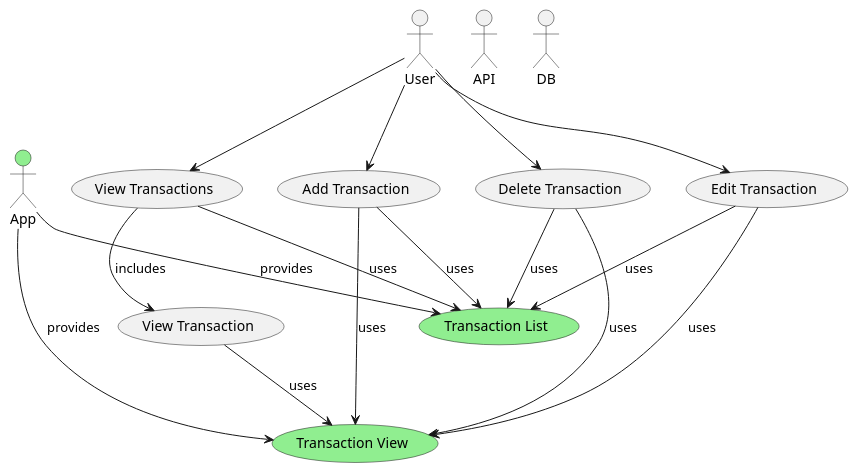
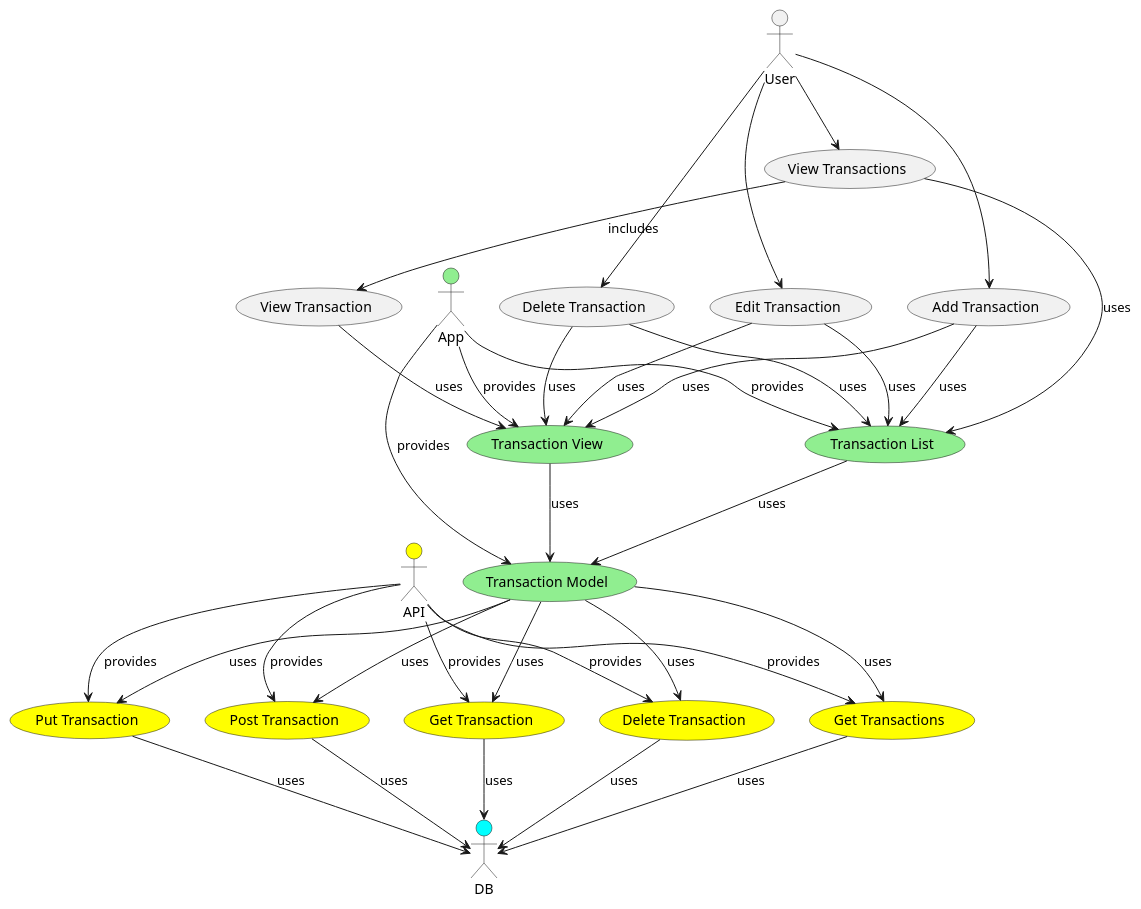
Before and after one commit to vduseev/accountant: the diagram in accountant_desktop/diagrams/use_cases/use_cases.puml, drawn with PlantUML. The commit also changed 1 other file, not shown here.

Commit message:
Tried out different approaches with activity diagram and use case diagram, but they do not represent it the way I want

```diff
--- a/accountant_desktop/diagrams/use_cases/use_cases.puml
+++ b/accountant_desktop/diagrams/use_cases/use_cases.puml
@@ -1,44 +1,79 @@
 @startuml
 
 'actors
 actor :User: as user
 actor :App: as app #lightgreen
-actor :API: as api
-actor :DB: as db
+actor :API: as api #yellow
+actor :DB: as db #cyan
 
-'main usecases
+'USER usecases'
 usecase (View Transactions) as uc_view_transactions
 usecase (View Transaction) as uc_view_transaction
 usecase (Add Transaction) as uc_add_transaction
 usecase (Edit Transaction) as uc_edit_transaction
 usecase (Delete Transaction) as uc_delete_transaction
 
+'APP usecases'
 usecase (Transaction List) as uc_transaction_list #lightgreen
 usecase (Transaction View) as uc_transaction_view #lightgreen
+usecase (Transaction Model) as uc_transaction_model #lightgreen
 
-'scenario
+'APP provides'
+app --> uc_transaction_list : provides
+app --> uc_transaction_view : provides
+app --> uc_transaction_model : provides
+
+'USER uses'
 user --> uc_view_transactions
 user --> uc_add_transaction
 user --> uc_edit_transaction
 user --> uc_delete_transaction
 
 'additional'
 uc_view_transactions --> uc_view_transaction : includes
 
-'transaction list'
-app --> uc_transaction_list : provides
+'transaction list is used by'
 uc_view_transactions --> uc_transaction_list : uses
 uc_add_transaction --> uc_transaction_list : uses
 uc_edit_transaction --> uc_transaction_list : uses
 uc_delete_transaction --> uc_transaction_list : uses
 
-'transaction view'
-app --> uc_transaction_view : provides
+'transaction view is used by'
 uc_view_transaction --> uc_transaction_view : uses
 uc_add_transaction --> uc_transaction_view : uses
 uc_edit_transaction --> uc_transaction_view : uses
 uc_delete_transaction --> uc_transaction_view : uses
 
+'transaction model is used by'
+uc_transaction_list --> uc_transaction_model : uses
+uc_transaction_view --> uc_transaction_model : uses
 
+'API usecases'
+usecase (Post Transaction) as uc_api_post_transaction #yellow
+usecase (Put Transaction) as uc_api_put_transaction #yellow
+usecase (Delete Transaction) as uc_api_delete_transaction #yellow
+usecase (Get Transaction) as uc_api_get_transaction #yellow
+usecase (Get Transactions) as uc_api_get_transactions #yellow
+
+'API provides'
+api --> uc_api_post_transaction : provides
+api --> uc_api_put_transaction : provides
+api --> uc_api_delete_transaction : provides
+api --> uc_api_get_transactions : provides
+api --> uc_api_get_transaction : provides
+
+'API is used by'
+uc_transaction_model --> uc_api_get_transaction : uses
+uc_transaction_model --> uc_api_get_transactions : uses
+uc_transaction_model --> uc_api_put_transaction : uses
+uc_transaction_model --> uc_api_delete_transaction : uses
+uc_transaction_model --> uc_api_post_transaction : uses
+
+'API uses'
+uc_api_post_transaction --> db : uses
+uc_api_put_transaction --> db : uses
+uc_api_delete_transaction --> db : uses
+uc_api_get_transactions --> db : uses
+uc_api_get_transaction --> db : uses
 
 @enduml
```
